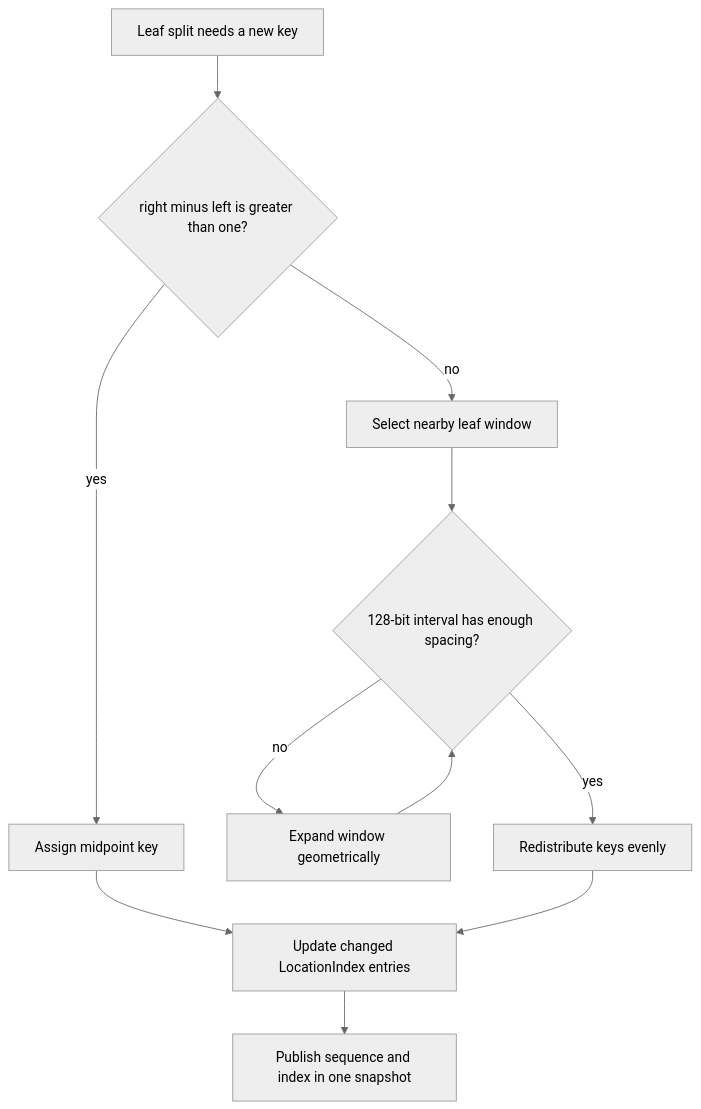
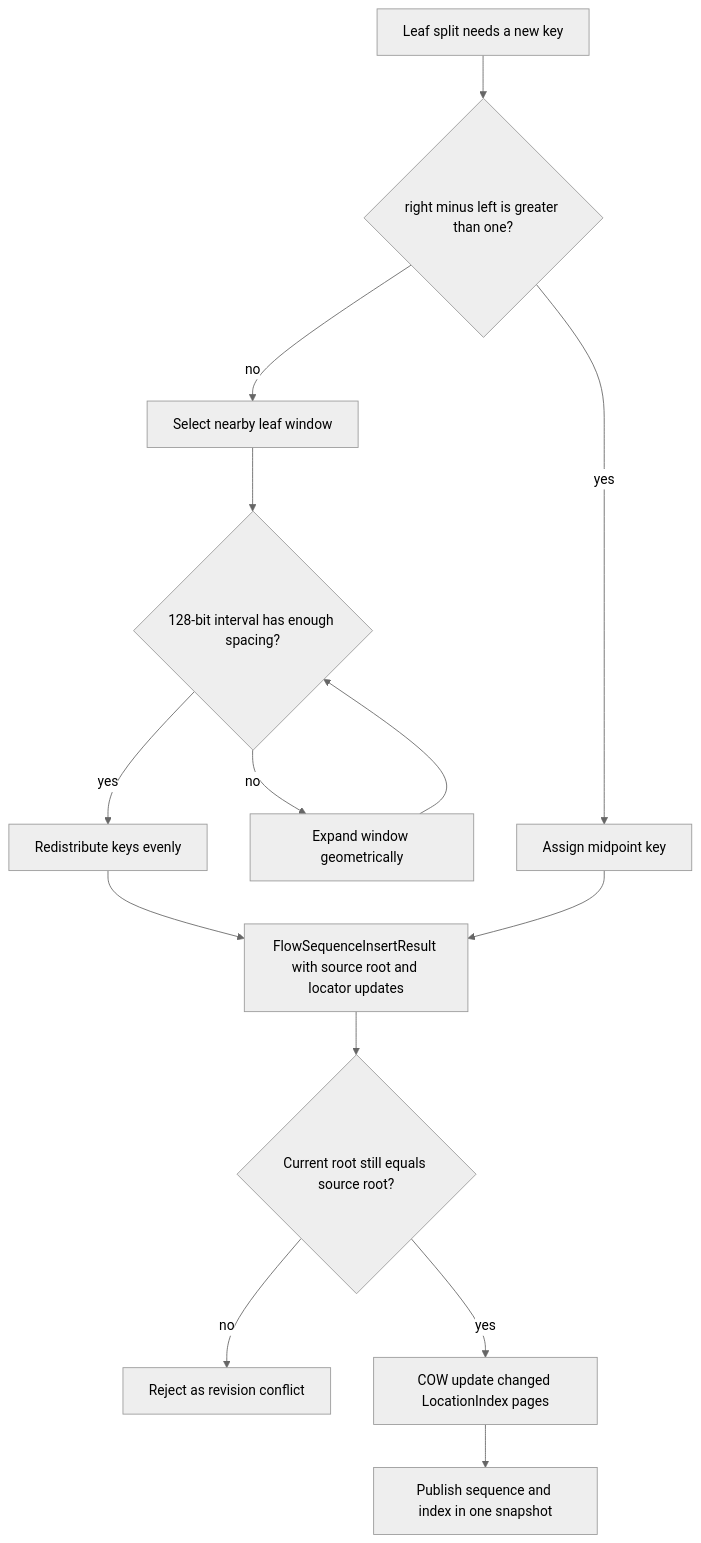
Before and after one commit to MiuDog/Krepis: the second of 3 diagrams in docs/architecture/flow-sequence-location-and-traversal.md, drawn with Mermaid (neutral theme). The commit also changed other lines of this file and 14 other files, not shown here.

````diff
--- a/docs/architecture/flow-sequence-location-and-traversal.md
+++ b/docs/architecture/flow-sequence-location-and-traversal.md
@@ -46,13 +46,16 @@
 ```mermaid
 flowchart TD
   split["Leaf split needs a new key"] --> gap{"right minus left is greater than one?"}
   gap -->|yes| midpoint["Assign midpoint key"]
   gap -->|no| window["Select nearby leaf window"]
   window --> capacity{"128-bit interval has enough spacing?"}
   capacity -->|no| expand["Expand window geometrically"]
   expand --> capacity
   capacity -->|yes| relabel["Redistribute keys evenly"]
-  midpoint --> update["Update changed LocationIndex entries"]
-  relabel --> update
+  relabel --> edit["FlowSequenceInsertResult with source root and locator updates"]
+  midpoint --> edit
+  edit --> guard{"Current root still equals source root?"}
+  guard -->|no| reject["Reject as revision conflict"]
+  guard -->|yes| update["COW update changed LocationIndex pages"]
   update --> publish["Publish sequence and index in one snapshot"]
 ```
````
